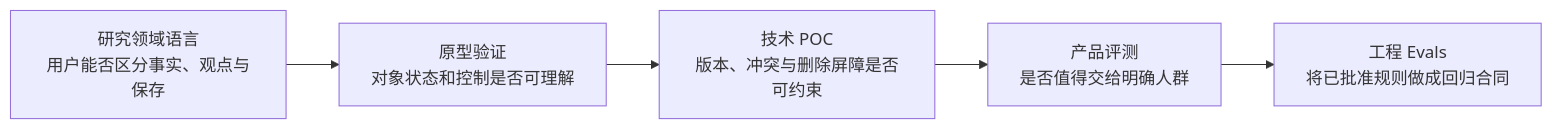
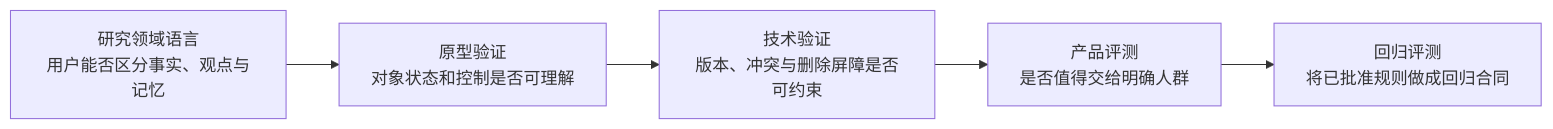
One commit to weiz98417-crypto/qiuqiu changed the eighth of 9 diagrams in docs/球球全套资料/4.产品设计/41-领域数据模型设计.md. Above: the diagram before and after it, drawn with Mermaid. The commit also changed other lines of this file and 49 other files, not shown here.

````diff
--- a/docs/球球全套资料/4.产品设计/41-领域数据模型设计.md
+++ b/docs/球球全套资料/4.产品设计/41-领域数据模型设计.md
@@ -633,7 +490,7 @@
 ```mermaid
 flowchart LR
-    L1[研究领域语言\n用户能否区分事实、观点与保存] --> L2[原型验证\n对象状态和控制是否可理解]
-    L2 --> L3[技术 POC\n版本、冲突与删除屏障是否可约束]
+    L1[研究领域语言\n用户能否区分事实、观点与记忆] --> L2[原型验证\n对象状态和控制是否可理解]
+    L2 --> L3[技术验证\n版本、冲突与删除屏障是否可约束]
     L3 --> L4[产品评测\n是否值得交给明确人群]
-    L4 --> L5[工程 Evals\n将已批准规则做成回归合同]
+    L4 --> L5[回归评测\n将已批准规则做成回归合同]
 ```
````
